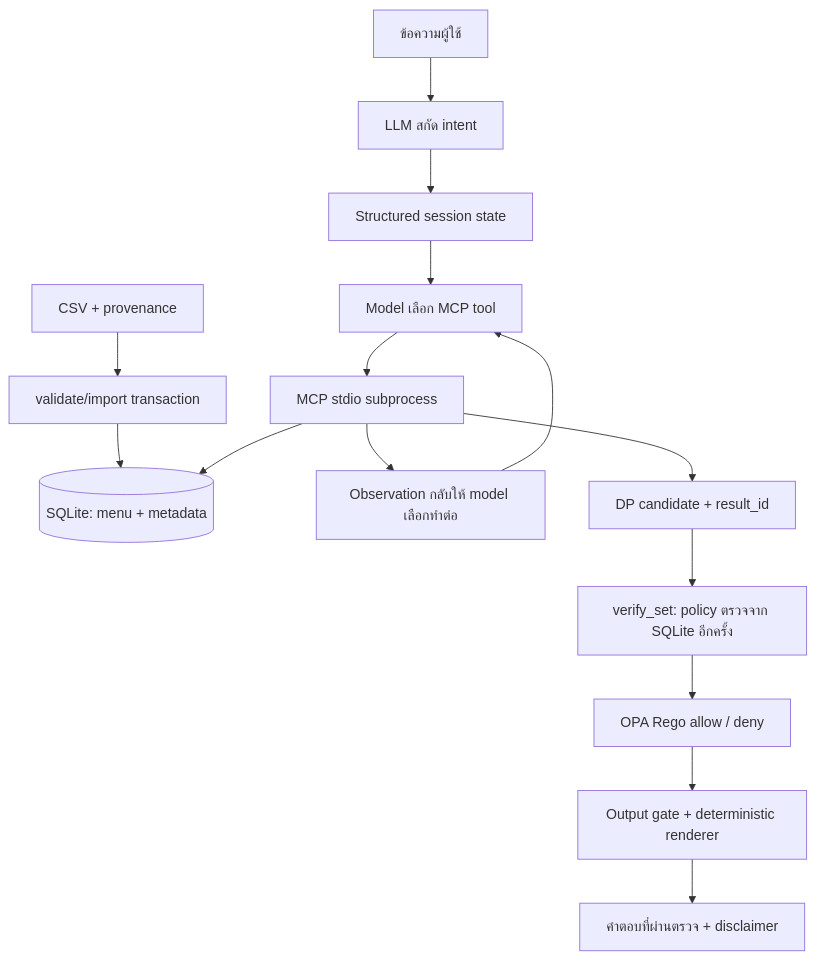
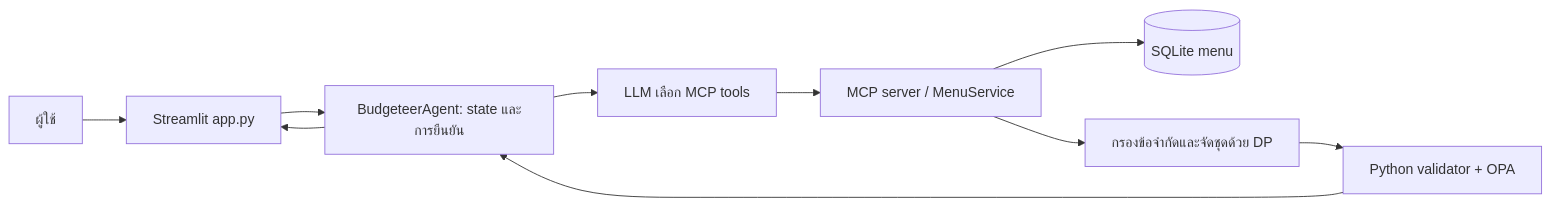
The diagram in Shiro-Jung-Agent-v4/README.md (68056056-crypto/Sushi_Budgeteer_Shiro-Jung), drawn with Mermaid before and after one commit. The commit also changed other lines of this file and 92 other files, not shown here.

````diff
--- a/Shiro-Jung-Agent-v4/README.md
+++ b/Shiro-Jung-Agent-v4/README.md
@@ -205,17 +20,12 @@
 ```mermaid
-flowchart TD
-    C[CSV + provenance] --> I[validate/import transaction]
-    I --> D[(SQLite: menu + metadata)]
-    U[ข้อความผู้ใช้] --> E[LLM สกัด intent]
-    E --> S[Structured session state]
-    S --> A[Model เลือก MCP tool]
-    A --> M[MCP stdio subprocess]
-    M --> D
-    M --> O[Observation กลับให้ model เลือกทำต่อ]
-    O --> A
-    M --> V[DP candidate + result_id]
-    V --> P[verify_set: policy ตรวจจาก SQLite อีกครั้ง]
-    P --> OPA[OPA Rego allow / deny]
-    OPA --> G[Output gate + deterministic renderer]
-    G --> R[คำตอบที่ผ่านตรวจ + disclaimer]
+flowchart LR
+    U[ผู้ใช้] --> UI[Streamlit app.py]
+    UI --> A[BudgeteerAgent: state และการยืนยัน]
+    A --> L[LLM เลือก MCP tools]
+    L --> M[MCP server / MenuService]
+    M --> D[(SQLite menu)]
+    M --> P[กรองข้อจำกัดและจัดชุดด้วย DP]
+    P --> V[Python validator + OPA]
+    V --> A
+    A --> UI
 ```
````
